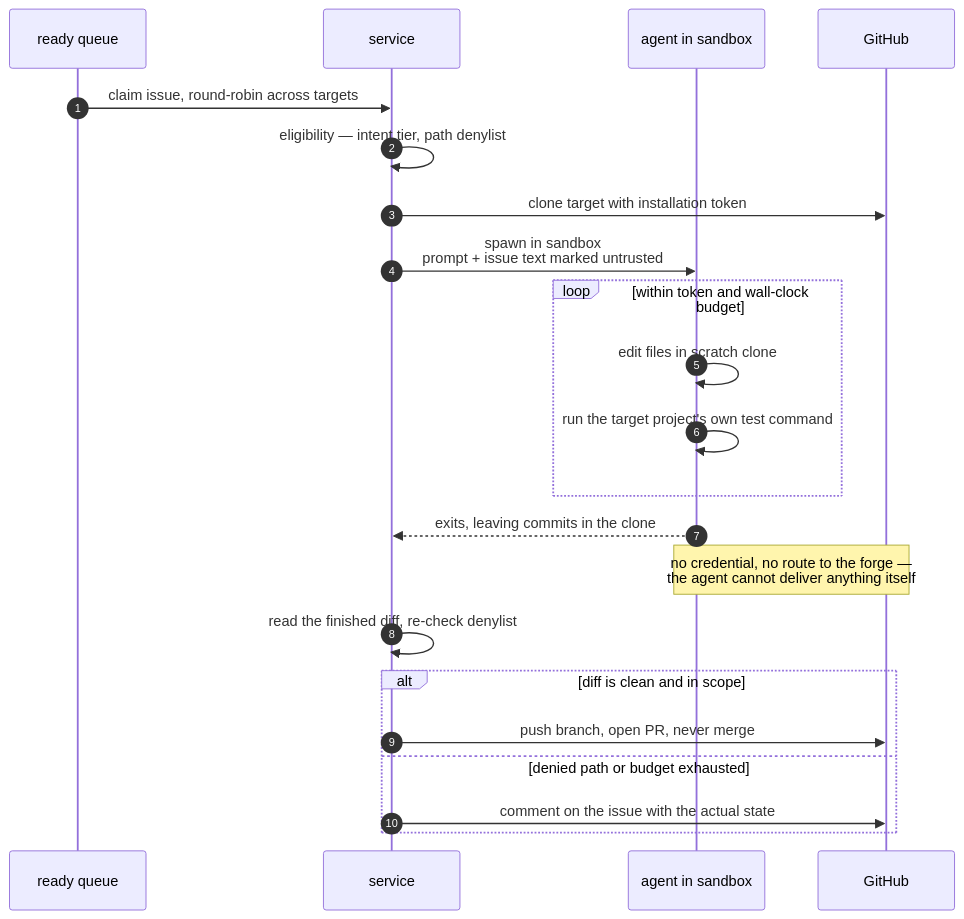
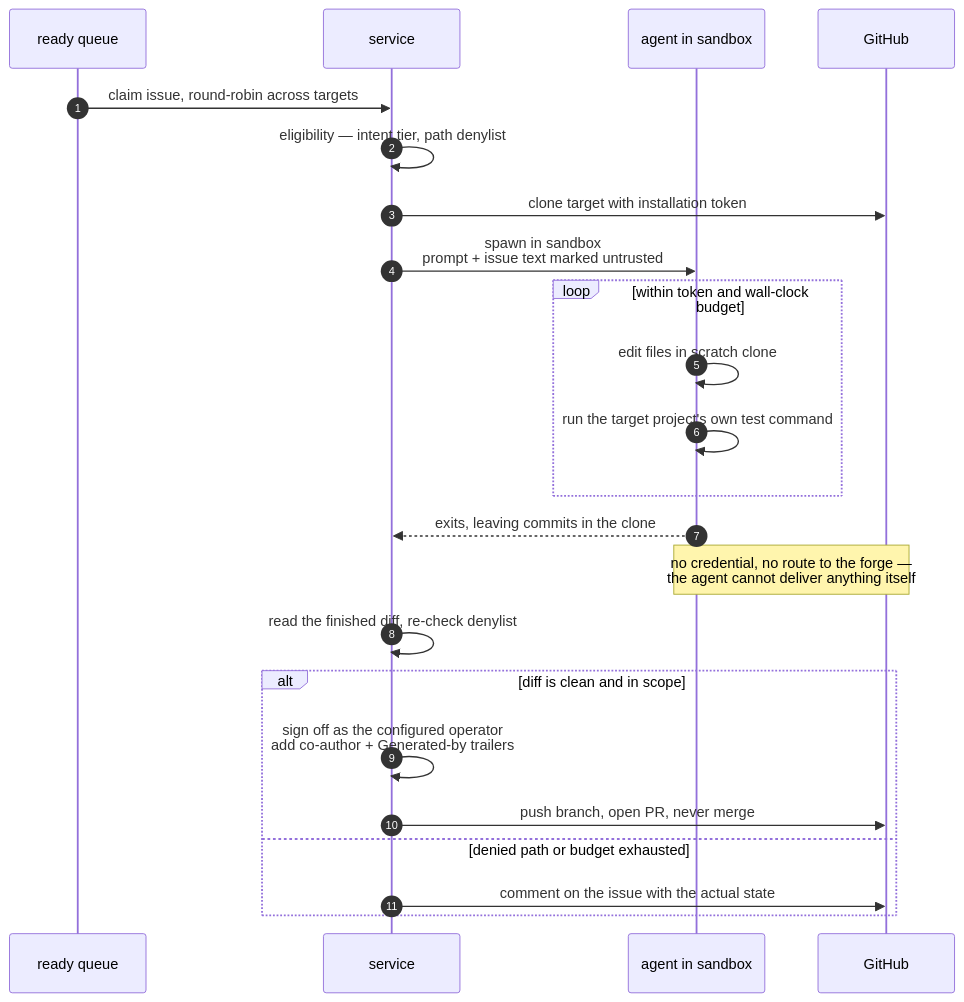
The fourth of 7 diagrams in docs/architecture.md (mesthiri/mesthiri), drawn with Mermaid before and after one commit. The commit also changed 3 other files, not shown here.

````diff
--- a/docs/architecture.md
+++ b/docs/architecture.md
@@ -113,25 +113,26 @@
 ```mermaid
 sequenceDiagram
   autonumber
   participant Q as ready queue
   participant S as service
   participant A as agent in sandbox
   participant G as GitHub
 
   Q->>S: claim issue, round-robin across targets
   S->>S: eligibility — intent tier, path denylist
   S->>G: clone target with installation token
   S->>A: spawn in sandbox<br/>prompt + issue text marked untrusted
   loop within token and wall-clock budget
     A->>A: edit files in scratch clone
     A->>A: run the target project's own test command
   end
   A-->>S: exits, leaving commits in the clone
   Note over A,G: no credential, no route to the forge —<br/>the agent cannot deliver anything itself
   S->>S: read the finished diff, re-check denylist
   alt diff is clean and in scope
+    S->>S: sign off as the configured operator<br/>add co-author + Generated-by trailers
     S->>G: push branch, open PR, never merge
   else denied path or budget exhausted
     S->>G: comment on the issue with the actual state
   end
 ```
````
